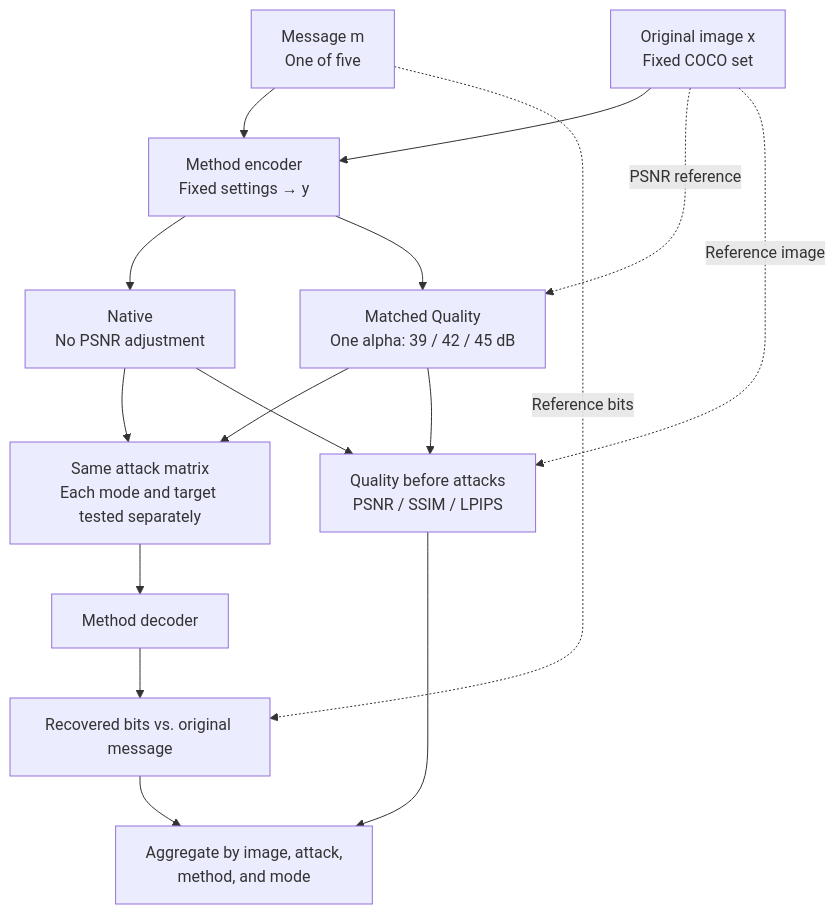
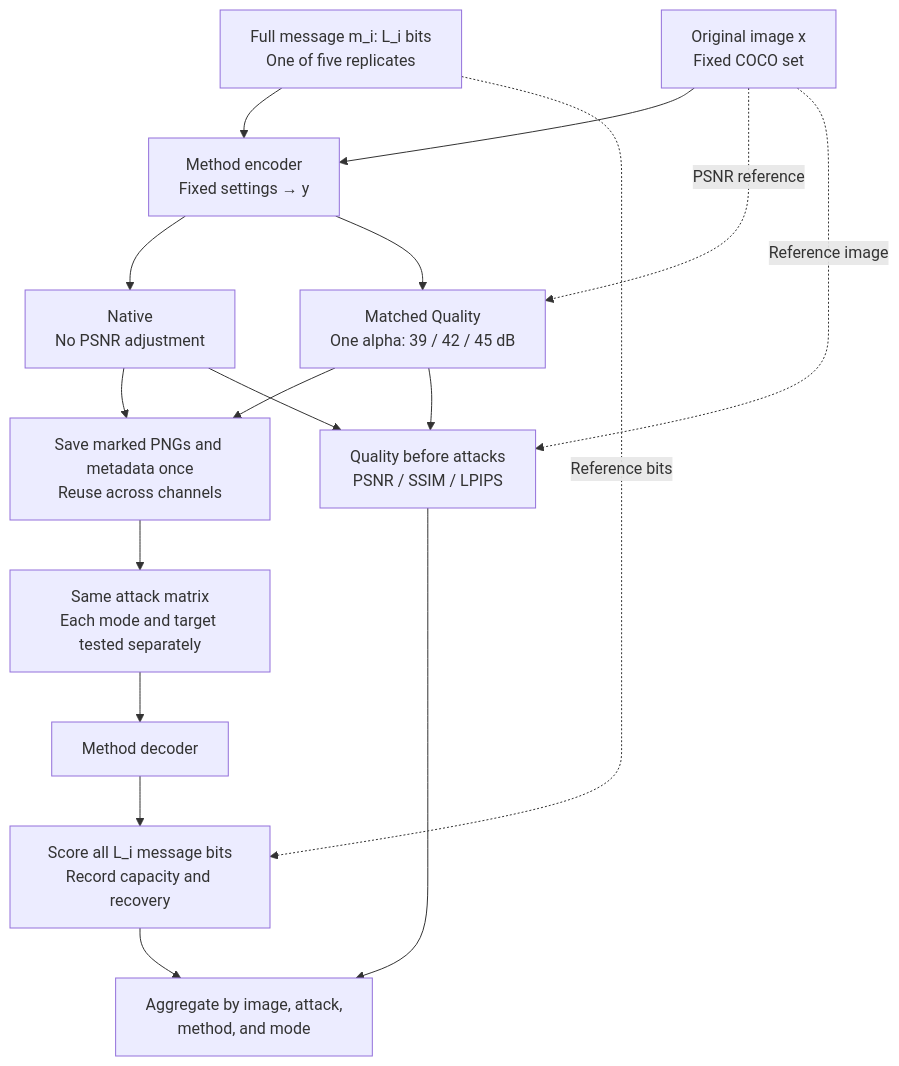
Before and after one commit to lonay01/stego-benchmark: the diagram in docs/digital-channel-protocol.md, drawn with Mermaid. The commit also changed other lines of this file and 4 other files, not shown here.

````diff
--- a/docs/digital-channel-protocol.md
+++ b/docs/digital-channel-protocol.md
@@ -54,21 +75,22 @@
 ```mermaid
 flowchart TD
     X["Original image x<br/>Fixed COCO set"]
-    M["Message m<br/>One of five"]
+    M["Full message m_i: L_i bits<br/>One of five replicates"]
     E["Method encoder<br/>Fixed settings → y"]
     X --> E
     M --> E
     E --> N["Native<br/>No PSNR adjustment"]
     E --> Q["Matched Quality<br/>One alpha: 39 / 42 / 45 dB"]
     X -. "PSNR reference" .-> Q
-    N --> A["Same attack matrix<br/>Each mode and target tested separately"]
-    Q --> A
+    N --> S["Save marked PNGs and metadata once<br/>Reuse across channels"]
+    Q --> S
+    S --> A["Same attack matrix<br/>Each mode and target tested separately"]
     A --> D["Method decoder"]
-    D --> B["Recovered bits vs. original message"]
+    D --> B["Score all L_i message bits<br/>Record capacity and recovery"]
     M -. "Reference bits" .-> B
     N --> K["Quality before attacks<br/>PSNR / SSIM / LPIPS"]
     Q --> K
     X -. "Reference image" .-> K
     B --> R["Aggregate by image, attack,<br/>method, and mode"]
     K --> R
 ```
````
